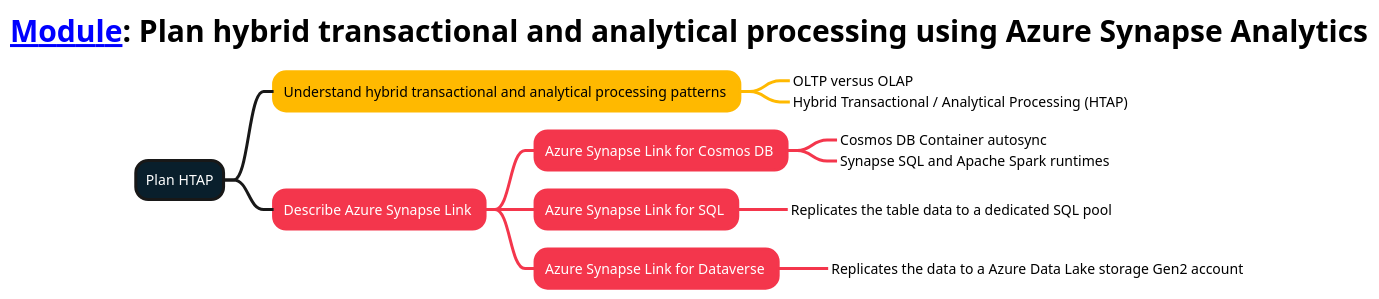
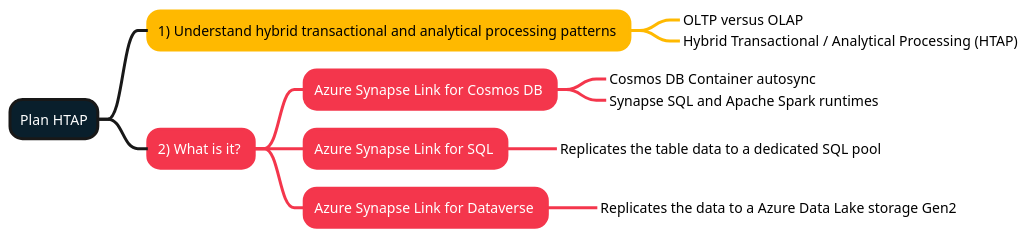
Before and after one commit to weslbo/dp-203: the diagram in mindmaps/14-Plan hybrid transactional and analytical processing using Azure Synapse Analytics.plantuml, drawn with PlantUML. The commit also changed 72 other files, not shown here.

Commit message:
Updated mindmaps

```diff
--- a/mindmaps/14-Plan hybrid transactional and analytical processing using Azure Synapse Analytics.plantuml
+++ b/mindmaps/14-Plan hybrid transactional and analytical processing using Azure Synapse Analytics.plantuml
@@ -1,58 +1,51 @@
 @startmindmap
 <style>
-title {
-        FontSize 30
-        FontColor #000000
-    }
-mindmapDiagram {
-    :depth(0) {
-        BackgroundColor #091f2c
-        FontColor #ffffff
-        LineThickness 3.0
-    }
-    .topic1 {
-        BackgroundColor #ffb900
-        LineColor #ffb900
-        LineThickness 3.0
-        FontColor #000000
-    }
-    .topic2 {
-        BackgroundColor #f4364c
-        LineColor #f4364c
-        LineThickness 3.0
-        FontColor #ffffff
-    }
-    .topic3 {
-        BackgroundColor #c5b4e3
-        LineColor #c5b4e3
-        LineThickness 3.0
-        FontColor #000000
-    }
-    .topic4 {
-        BackgroundColor #e1d3c7
-        LineColor #e1d3c7
-        LineThickness 3.0
-        FontColor #000000
-    }
-    .topic5 {
-        BackgroundColor #07641d
-        LineColor #07641d
-        LineThickness 3.0
-        FontColor #ffffff
-    }
+:depth(0) {
+    BackgroundColor #091f2c
+    FontColor #ffffff
+    LineThickness 3.0
+}
+.topic1 {
+    BackgroundColor #ffb900
+    LineColor #ffb900
+    LineThickness 3.0
+    FontColor #000000
+}
+.topic2 {
+    BackgroundColor #f4364c
+    LineColor #f4364c
+    LineThickness 3.0
+    FontColor #ffffff
+}
+.topic3 {
+    BackgroundColor #c5b4e3
+    LineColor #c5b4e3
+    LineThickness 3.0
+    FontColor #000000
+}
+.topic4 {
+    BackgroundColor #e1d3c7
+    LineColor #e1d3c7
+    LineThickness 3.0
+    FontColor #000000
+}
+.topic5 {
+    BackgroundColor #07641d
+    LineColor #07641d
+    LineThickness 3.0
+    FontColor #ffffff
 }
 </style>
-title [[https://learn.microsoft.com/training/modules/design-hybrid-transactional-analytical-processing-using-azure-synapse-analytics/ Module]]: Plan hybrid transactional and analytical processing using Azure Synapse Analytics
 + Plan HTAP
-++ Understand hybrid transactional and analytical processing patterns <<topic1>>
+++ 1) Understand hybrid transactional and analytical processing patterns <<topic1>>
 +++_ OLTP versus OLAP
 +++_ Hybrid Transactional / Analytical Processing (HTAP)
-++ Describe Azure Synapse Link <<topic2>>
+++ 2) What is it? <<topic2>>
 +++ Azure Synapse Link for Cosmos DB <<topic2>>
 ++++_ Cosmos DB Container autosync
 ++++_ Synapse SQL and Apache Spark runtimes
 +++ Azure Synapse Link for SQL <<topic2>>
 ++++_ Replicates the table data to a dedicated SQL pool
 +++ Azure Synapse Link for Dataverse <<topic2>>
-++++_ Replicates the data to a Azure Data Lake storage Gen2 account
+++++_ Replicates the data to a Azure Data Lake storage Gen2
 @endmindmap
```
